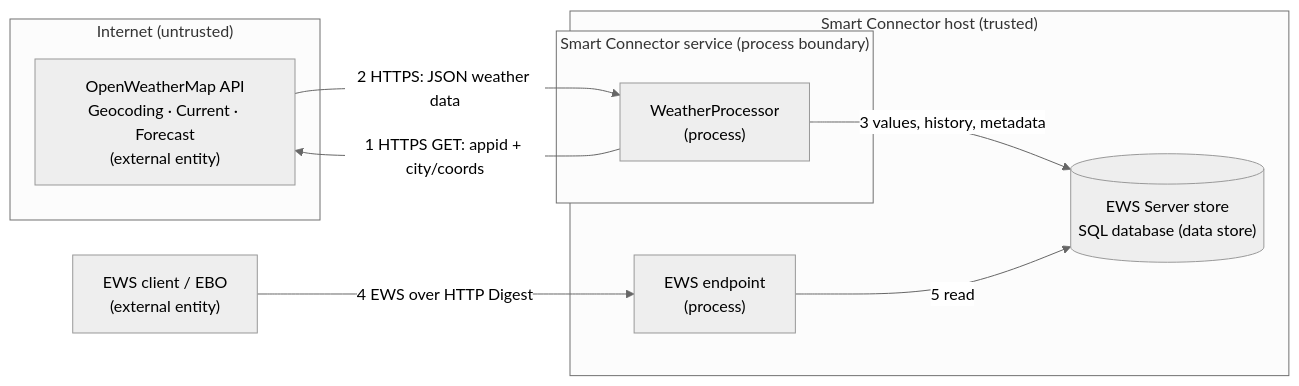
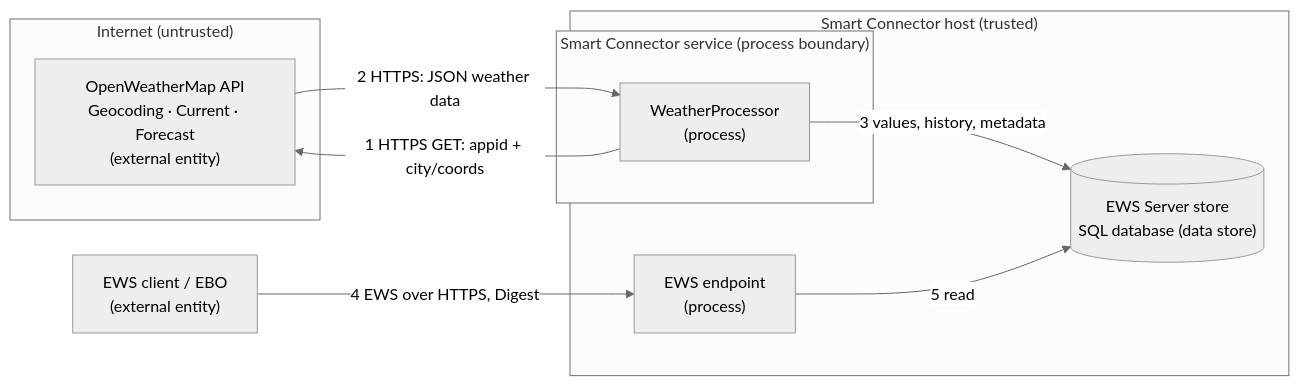
One commit to SchneiderElectricBuildings/SmartConnector changed the diagram in examples/SmartConnector.WeatherExtension/SECURITY.md. Above: the diagram before and after it, drawn with Mermaid (neutral theme). The commit also changed other lines of this file and 25 other files, not shown here.

First line of the commit message:
feat(examples): keep the example EWS Servers read-only, on HTTPS with SHA-256 Digest

````diff
--- a/examples/SmartConnector.WeatherExtension/SECURITY.md
+++ b/examples/SmartConnector.WeatherExtension/SECURITY.md
@@ -92,20 +91,20 @@
 ```mermaid
 flowchart LR
     subgraph inet["Internet (untrusted)"]
         API["OpenWeatherMap API<br/>Geocoding · Current · Forecast<br/>(external entity)"]
     end
     subgraph host["Smart Connector host (trusted)"]
         subgraph svc["Smart Connector service (process boundary)"]
             P["WeatherProcessor<br/>(process)"]
         end
         DB[("EWS Server store<br/>SQL database (data store)")]
         EWS["EWS endpoint<br/>(process)"]
     end
     EBO["EWS client / EBO<br/>(external entity)"]
 
     P -->|"1 HTTPS GET: appid + city/coords"| API
     API -->|"2 HTTPS: JSON weather data"| P
     P -->|"3 values, history, metadata"| DB
     EWS -->|"5 read"| DB
-    EBO -->|"4 EWS over HTTP Digest"| EWS
+    EBO -->|"4 EWS over HTTPS, Digest"| EWS
 ```
````
